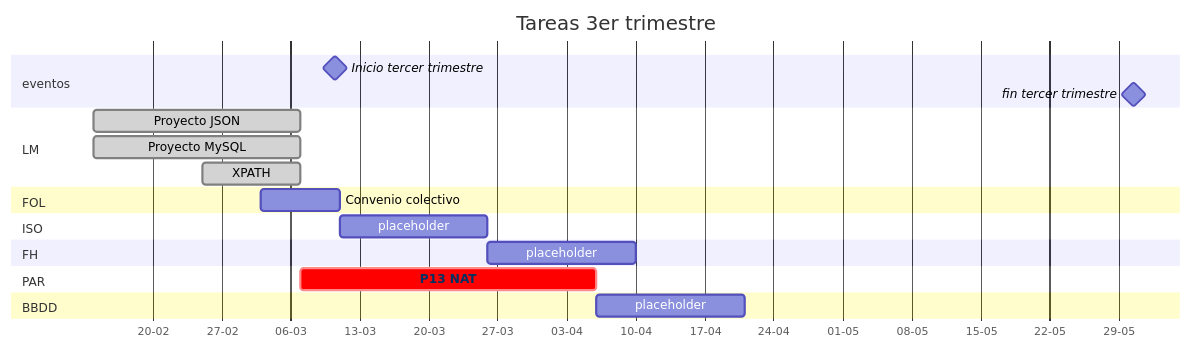
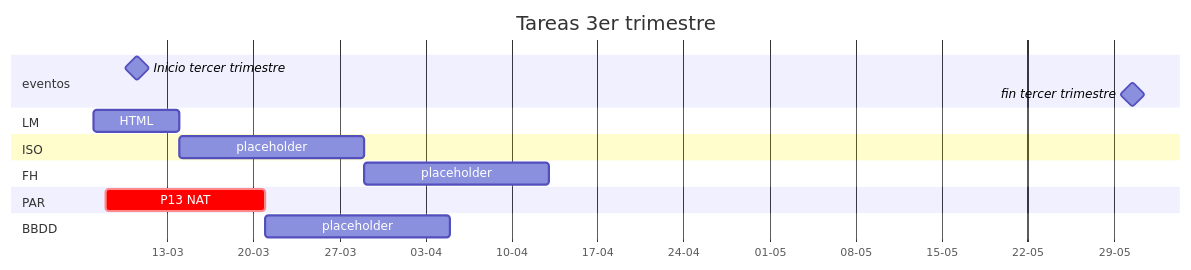
One commit to robertorodriguez98/apuntesClase changed the diagram in README.md. Above: the diagram before and after it, drawn with Mermaid. The commit also changed other lines of this file and 7 other files, not shown here.

````diff
--- a/README.md
+++ b/README.md
@@ -3,32 +3,29 @@
 ```mermaid
 gantt
     %%etiquetas posibles: done,active,crit,milestone
     title Tareas 3er trimestre
     dateFormat  DD-MM-YY
     axisFormat  %d-%m
     section eventos
     Inicio tercer trimestre : milestone,10-03-22,1d
     fin tercer trimestre : milestone,30-05-22,1d
 
     section LM
-    Proyecto JSON           :done,14-02-22,07-03-22
-    Proyecto MySQL          :done,14-02-22,07-03-22
-    XPATH                   :done,25-02-22,07-03-22
+    HTML :07-03-22,7d
 
     section FOL
-    Convenio colectivo      :03-03-22,11-03-22
+
 
     section ISO
     placeholder             :15d
 
     section FH
     placeholder             :15d
 
     section PAR
-    P13 NAT             :crit,nat,07-03-22,30d
+    P13 NAT             :crit,nat,08-03-22,21-03-22
 
     section BBDD
     placeholder             :15d
-    
-    click nat href "https://github.com/robertorodriguez98/apuntesClase/blob/main/gantt/nat.md"
+
 ```
````
